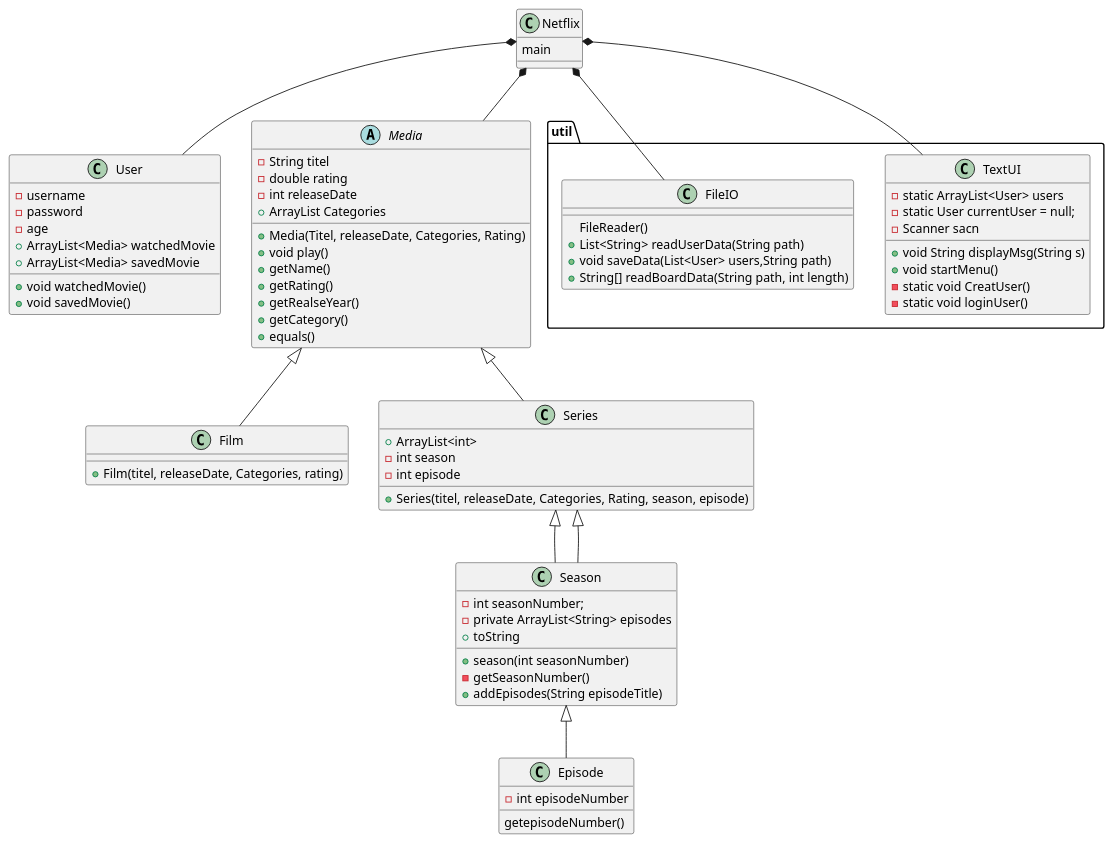
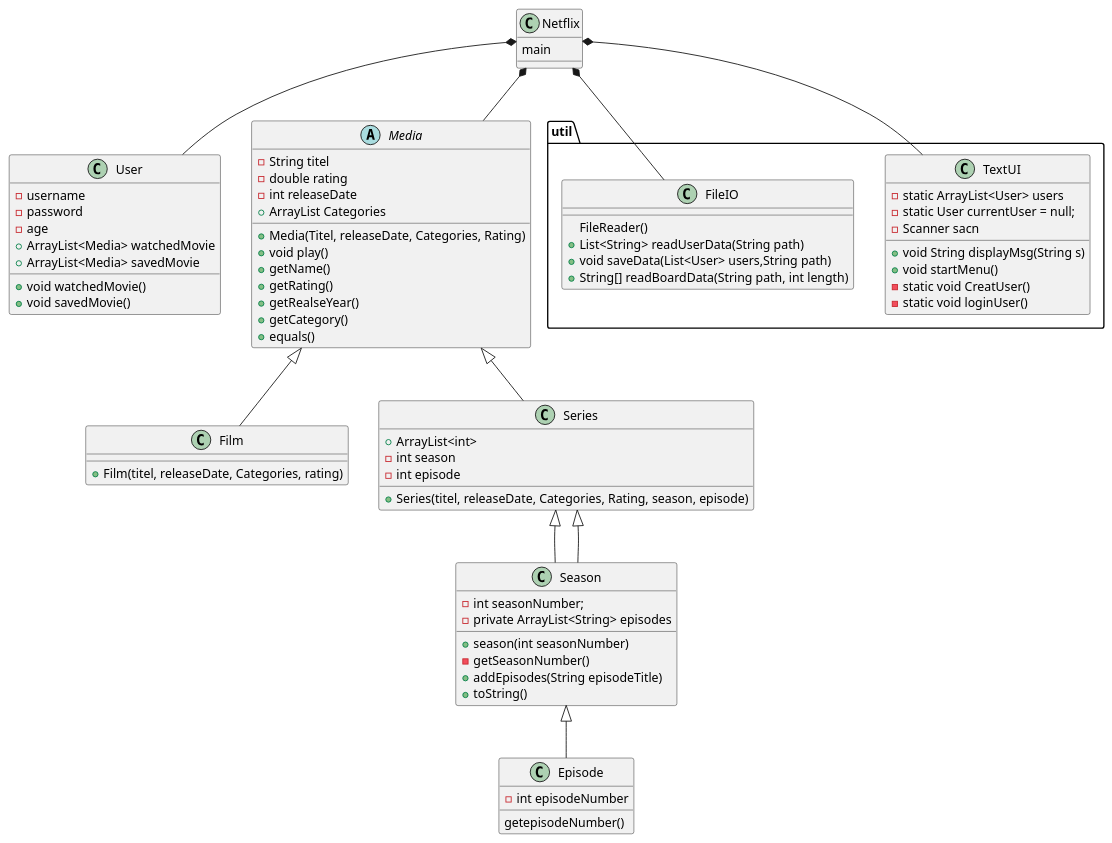
One commit to MariamE04/SP3 changed the diagram in .idea/UML/Netflix.puml. Above: the diagram before and after it, drawn with PlantUML.

Commit message:
ændring i classdiagram i

```diff
--- a/.idea/UML/Netflix.puml
+++ b/.idea/UML/Netflix.puml
@@ -1,80 +1,80 @@
 @startuml
 'https://plantuml.com/class-diagram
 
 class Netflix{
 main
 }
 class User{
 - username
 - password
 - age
 + ArrayList<Media> watchedMovie
 + ArrayList<Media> savedMovie
 + void watchedMovie()
 + void savedMovie()
  }
 
 abstract class Media{
 -String titel
 -double rating
 -int releaseDate
  +ArrayList Categories
  +Media(Titel, releaseDate, Categories, Rating)
  + void play()
  +getName()
  +getRating()
  +getRealseYear()
  +getCategory()
  +equals()
 
 }
 class Film{
 +Film(titel, releaseDate, Categories, rating)
 }
 class Series {
 + ArrayList<int>
 -int season
 -int episode
 +Series(titel, releaseDate, Categories, Rating, season, episode)
 }
 class Season extends Series{
 -int seasonNumber;
 -private ArrayList<String> episodes
 +season(int seasonNumber)
 -getSeasonNumber()
 +addEpisodes(String episodeTitle)
-+toString
++toString()
 }
 
 class Episode{
 -int episodeNumber
 getepisodeNumber()
 
 }
 package "util"{
 class TextUI{
 -static ArrayList<User> users
 -static User currentUser = null;
 -Scanner sacn
 + void String displayMsg(String s)
 +void startMenu()
 -static void CreatUser()
 -static void loginUser()
 }
 class FileIO{
 FileReader()
 +List<String> readUserData(String path)
 +void saveData(List<User> users,String path)
 +String[] readBoardData(String path, int length)
     }
 }
 
 Netflix *-- User
 Netflix *-- Media
 Media <|-- Film
 Media <|-- Series
 Series <|-- Season
 Season <|-- Episode
 Netflix *-- FileIO
 Netflix *-- TextUI
 @enduml
```
